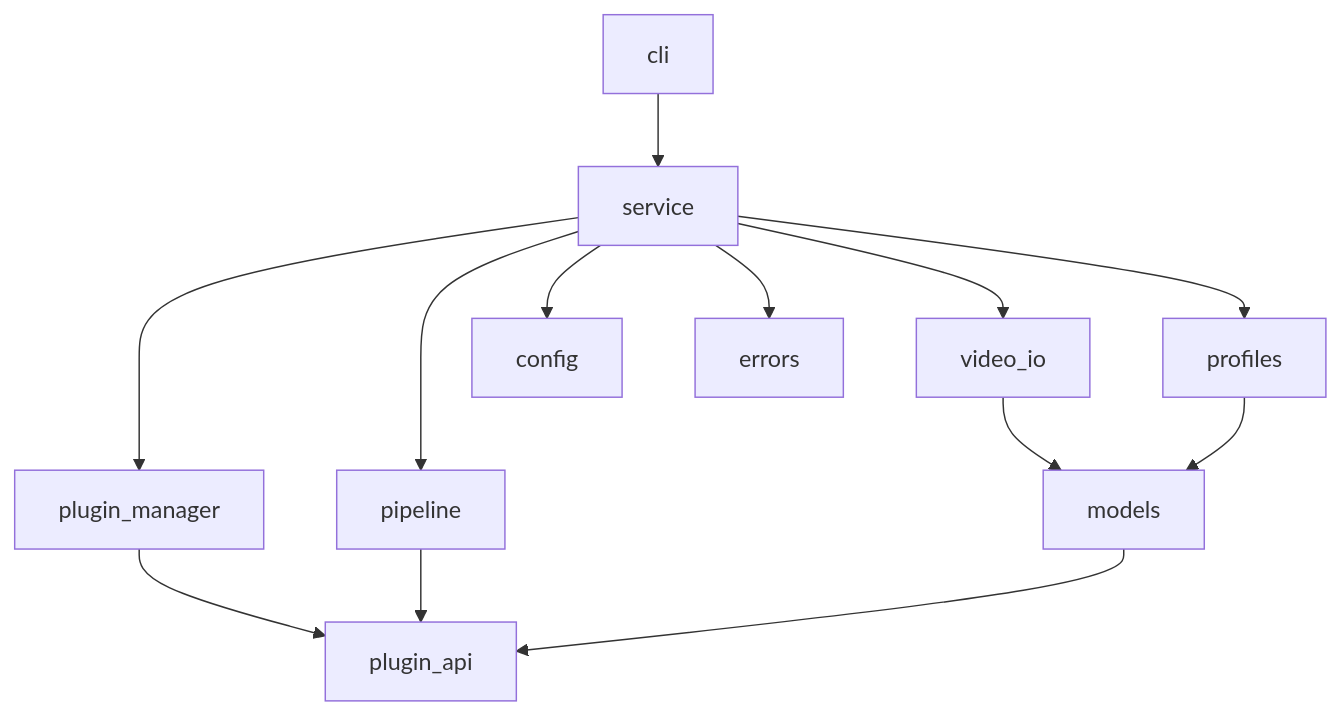
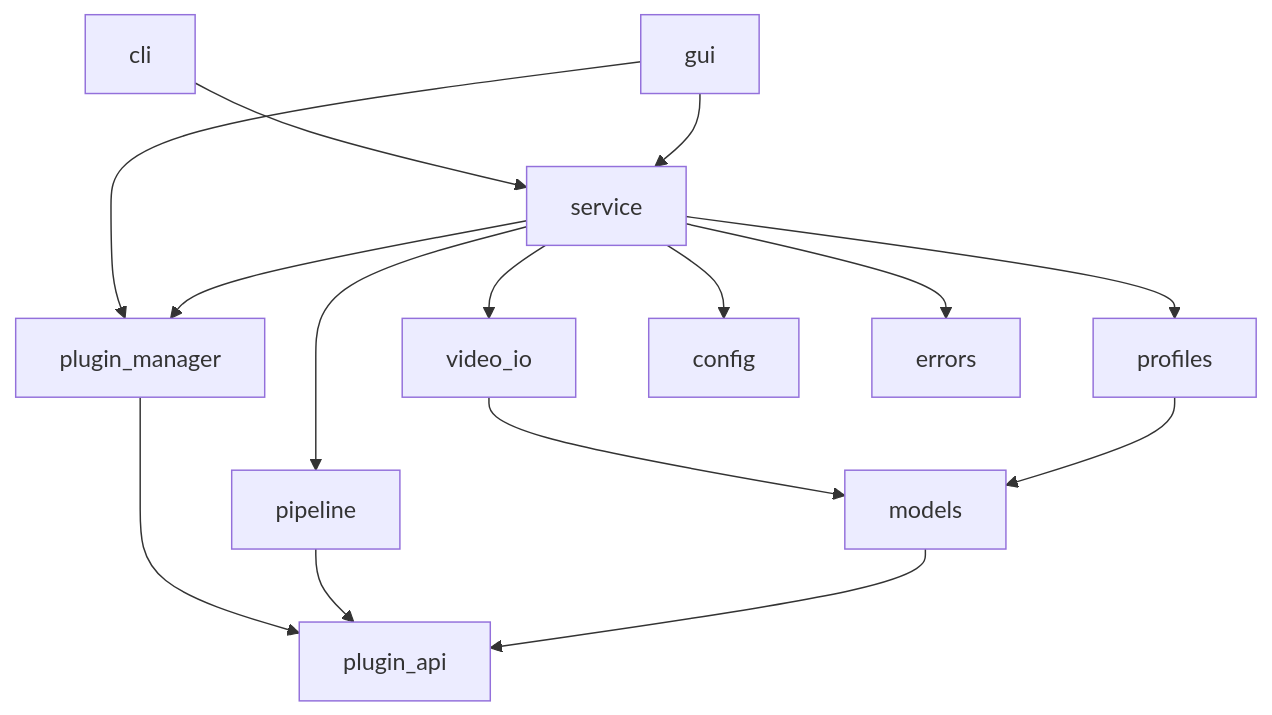
One commit to himayah/MovieFilter changed the second of 10 diagrams in docs/detailed_design.md. Above: the diagram before and after it, drawn with Mermaid. The commit also changed other lines of this file and 32 other files, not shown here.

````diff
--- a/docs/detailed_design.md
+++ b/docs/detailed_design.md
@@ -113,15 +115,17 @@
 ```mermaid
 flowchart TB
     cli --> service
+    gui --> service
+    gui --> plugin_manager
     service --> plugin_manager
     service --> pipeline
     service --> video_io
     service --> profiles
     service --> config
     plugin_manager --> plugin_api
     pipeline --> plugin_api
     video_io --> models
     profiles --> models
     models --> plugin_api
     service --> errors
 ```
````
